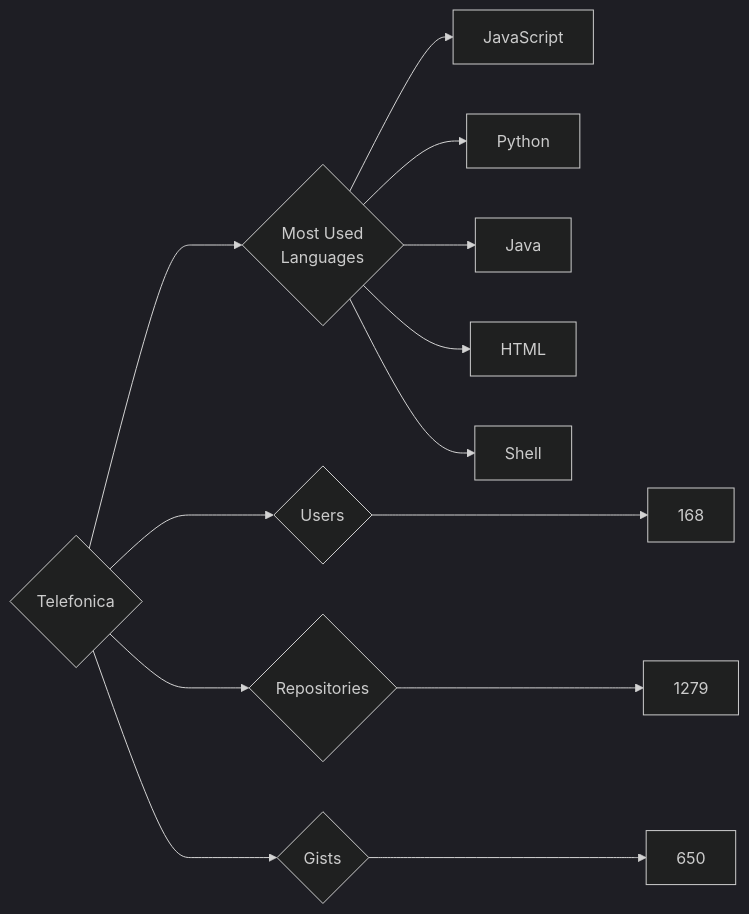
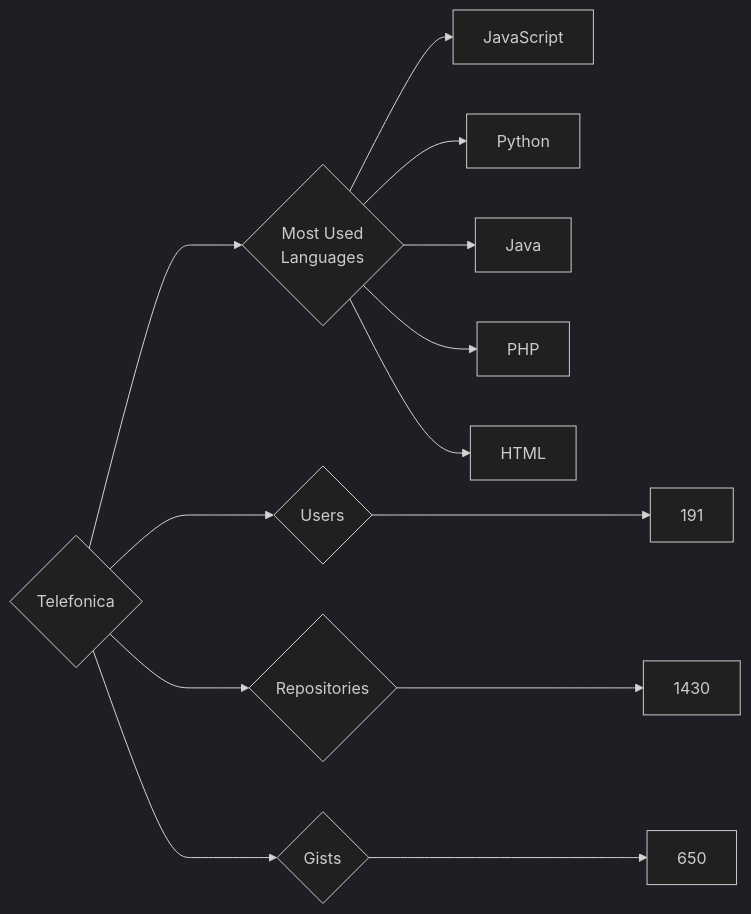
The diagram in targets/Telefonica/README.md (trickest/insiders), drawn with Mermaid (dark theme) before and after one commit. The commit also changed 770 other files, not shown here.

````diff
--- a/targets/Telefonica/README.md
+++ b/targets/Telefonica/README.md
@@ -3,13 +3,13 @@
 ```mermaid
 graph LR
 COMPANY_NAME{Telefonica}
-COMPANY_NAME ---> U{Users} ---> UN[168]
-COMPANY_NAME ---> R{Repositories} ---> RN[1279]
+COMPANY_NAME ---> U{Users} ---> UN[191]
+COMPANY_NAME ---> R{Repositories} ---> RN[1430]
 COMPANY_NAME ---> G{Gists} ---> GN[650]
 COMPANY_NAME ---> ML{Most Used<br>Languages}
 ML --> JavaScript[JavaScript]
 ML --> Python[Python]
 ML --> Java[Java]
+ML --> PHP[PHP]
 ML --> HTML[HTML]
-ML --> Shell[Shell]
 ```
````
